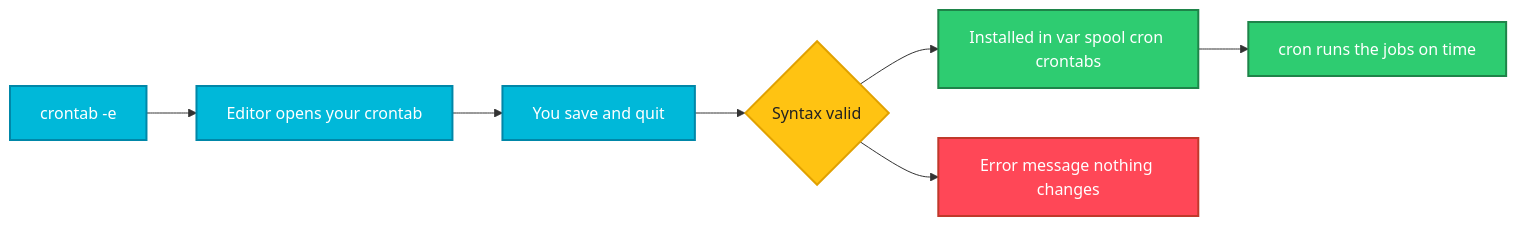
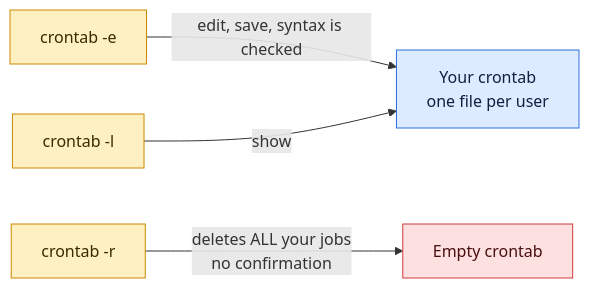
Before and after one commit to codeKerdosTech/DevOps-Documentation: the diagram in linux/scheduling/crontab.md, drawn with Mermaid. The commit also changed other lines of this file and 165 other files, not shown here.

Commit message:
updated diagrams in linux

````diff
--- a/linux/scheduling/crontab.md
+++ b/linux/scheduling/crontab.md
@@ -31,18 +31,15 @@
 ```mermaid
 flowchart LR
-    A[crontab -e] --> B[Editor opens your crontab]
-    B --> C[You save and quit]
-    C --> D{Syntax valid}
-    D --> E[Installed in var spool cron crontabs]
-    D --> F[Error message nothing changes]
-    E --> G[cron runs the jobs on time]
-    classDef start fill:#6C5CE7,stroke:#4834D4,stroke-width:2px,color:#fff
-    classDef proc fill:#00B8D9,stroke:#0087A8,stroke-width:2px,color:#fff
-    classDef dec fill:#FFC312,stroke:#E1A100,stroke-width:2px,color:#222
-    classDef ok fill:#2ECC71,stroke:#1E8449,stroke-width:2px,color:#fff
-    classDef err fill:#FF4757,stroke:#C0392B,stroke-width:2px,color:#fff
-    class A,B,C proc
-    class D dec
-    class E,G ok
-    class F err
+    i1[Your crontab<br/>one file per user]
+    c1[crontab -e] -->|edit, save, syntax is checked| i1
+    c2[crontab -l] -->|show| i1
+    c3[crontab -r] -->|deletes ALL your jobs<br/>no confirmation| x1[Empty crontab]
+    classDef inp fill:#DCEBFF,stroke:#2F6FDE,color:#10213F
+    classDef cmd fill:#FFF0C2,stroke:#C98A00,color:#3A2A00
+    classDef out fill:#D9F5E3,stroke:#1F9D55,color:#0B2E1A
+    classDef bad fill:#FDE0E0,stroke:#D13B3B,color:#4A0F0F
+    classDef note fill:#ECEFF3,stroke:#7B8794,color:#1F2933
+    class i1 inp
+    class c1,c2,c3 cmd
+    class x1 bad
 ```
````
